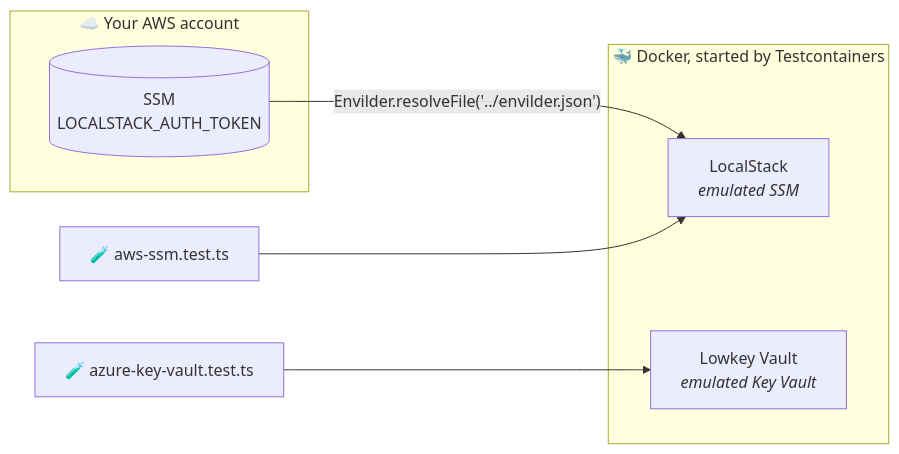
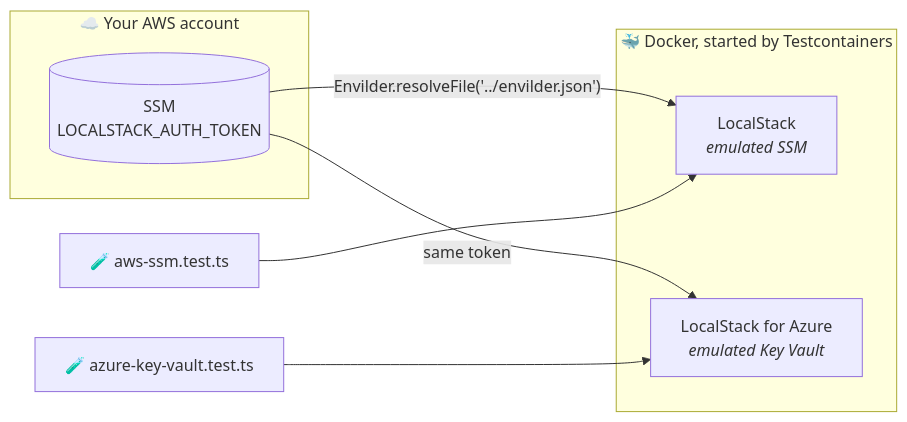
One commit to macalbert/envilder-examples changed the diagram in typescript-testcontainers/README.md. Above: the diagram before and after it, drawn with Mermaid. The commit also changed other lines of this file and 22 other files, not shown here.

Commit message:
test: replace Lowkey Vault with LocalStack for Azure in every example

````diff
--- a/typescript-testcontainers/README.md
+++ b/typescript-testcontainers/README.md
@@ -13,15 +13,16 @@
 ```mermaid
 flowchart LR
     subgraph cloud["☁️ Your AWS account"]
         token[("SSM<br/>LOCALSTACK_AUTH_TOKEN")]
     end
 
     subgraph docker["🐳 Docker, started by Testcontainers"]
         localstack["LocalStack<br/><i>emulated SSM</i>"]
-        lowkey["Lowkey Vault<br/><i>emulated Key Vault</i>"]
+        localstackAzure["LocalStack for Azure<br/><i>emulated Key Vault</i>"]
     end
 
     token -- "Envilder.resolveFile('../envilder.json')" --> localstack
+    token -- "same token" --> localstackAzure
     aws["🧪 aws-ssm.test.ts"] --> localstack
-    azure["🧪 azure-key-vault.test.ts"] --> lowkey
+    azure["🧪 azure-key-vault.test.ts"] --> localstackAzure
 ```
````
